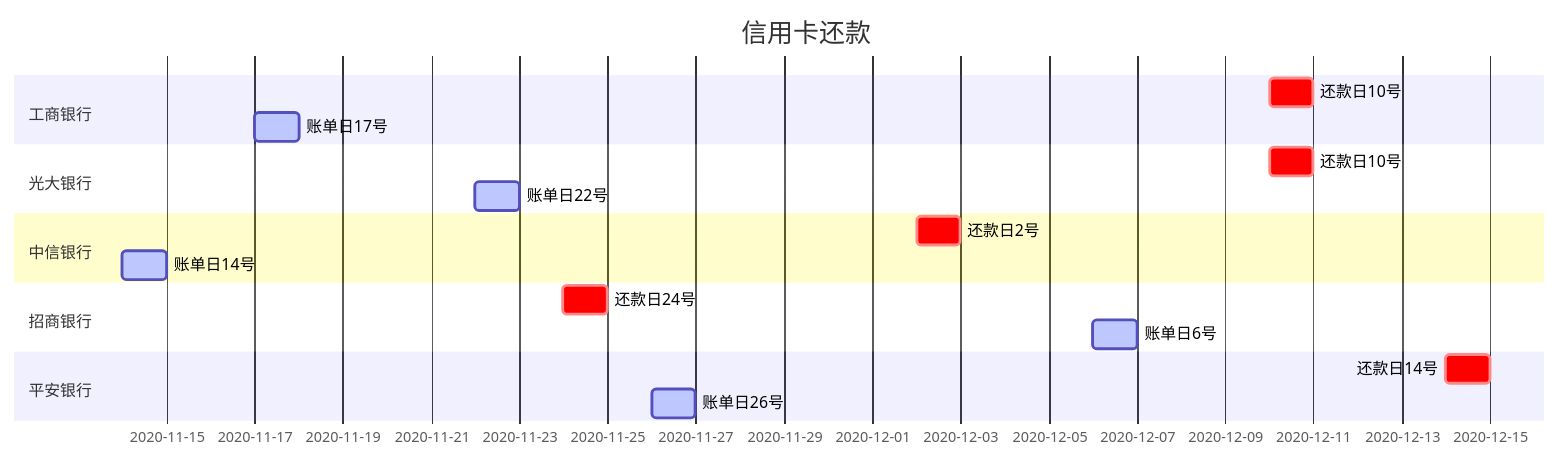
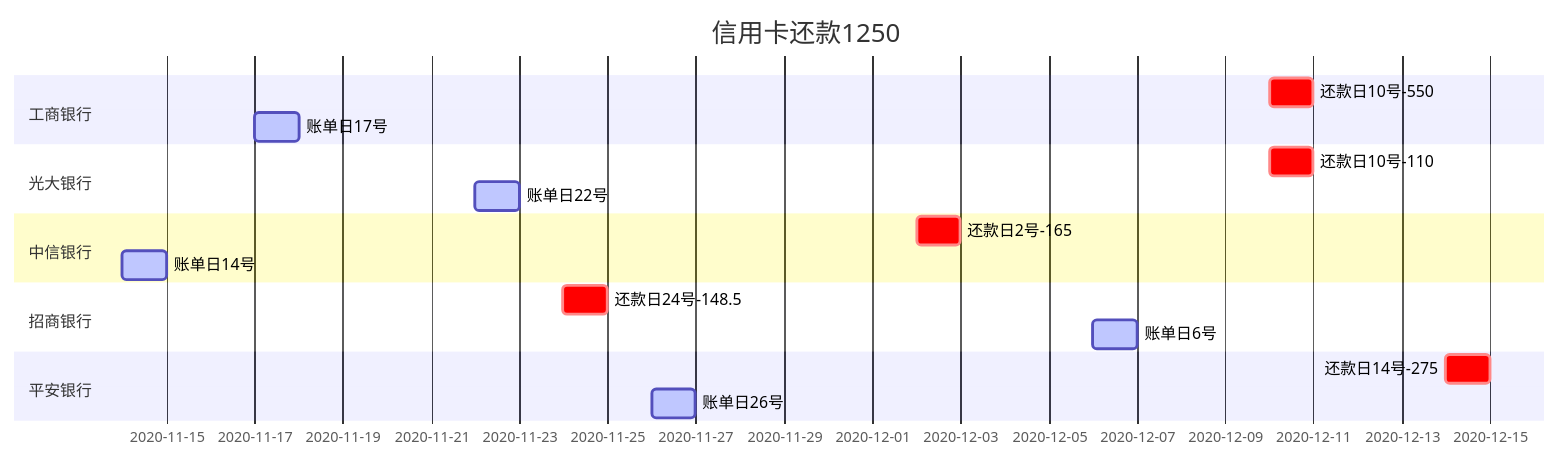
One commit to zhensolid/vscode_study changed the diagram in 信用.md. Above: the diagram before and after it, drawn with Mermaid.

Commit message:
修改

````diff
--- a/信用.md
+++ b/信用.md
@@ -1,20 +1,20 @@
 ```mermaid
 gantt
 dateFormat YYYY-MM-DD
-title 信用卡还款
+title 信用卡还款1250
 section 工商银行
-还款日10号: crit, 2020-12-10 ,1d
+还款日10号-550: crit, 2020-12-10 ,1d
 账单日17号: active, 2020-11-17 ,1d
 section 光大银行
-还款日10号: crit, 2020-12-10 ,1d
+还款日10号-110: crit, 2020-12-10 ,1d
 账单日22号: active, 2020-11-22 ,1d
 section 中信银行
-还款日2号: crit, 2020-12-02 ,1d
+还款日2号-165: crit, 2020-12-02 ,1d
 账单日14号: active, 2020-11-14 ,1d
 section 招商银行
-还款日24号: crit, 2020-11-24 ,1d
+还款日24号-148.5: crit, 2020-11-24 ,1d
 账单日6号: active, 2020-12-06 ,1d
 section 平安银行
-还款日14号: crit, 2020-12-14 ,1d
+还款日14号-275: crit, 2020-12-14 ,1d
 账单日26号: active, 2020-11-26 ,1d
 ```
````
